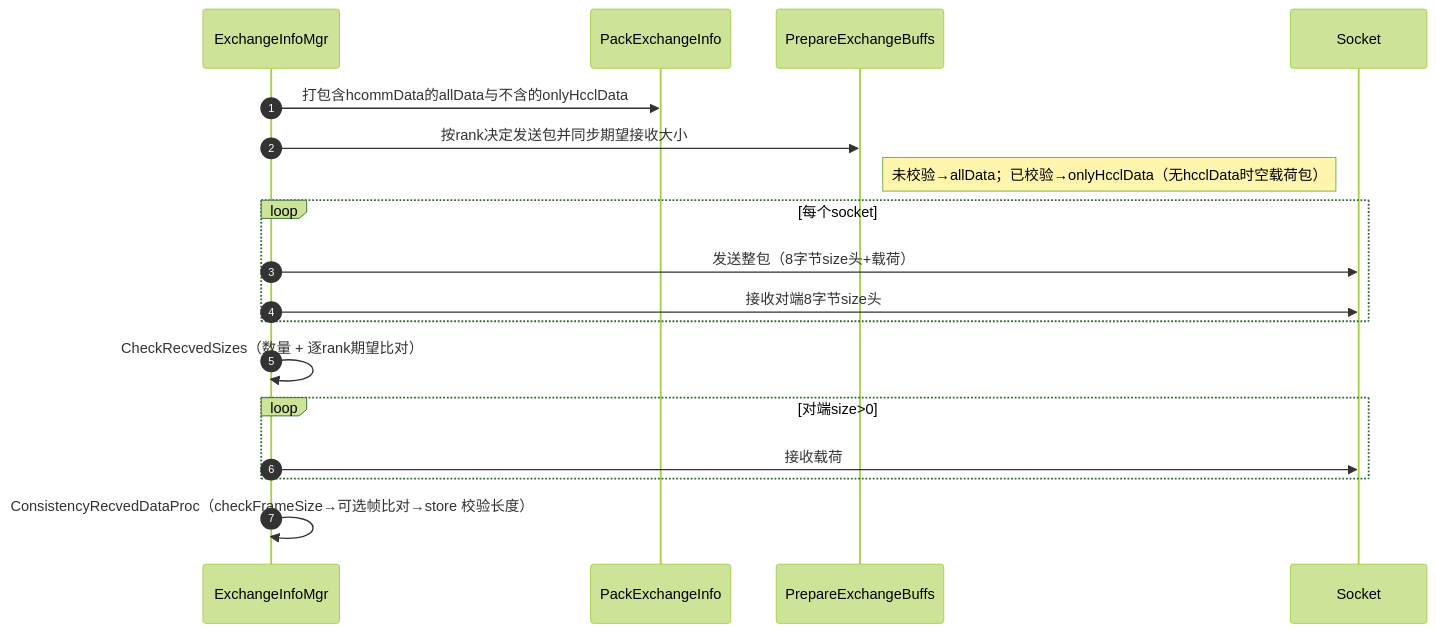
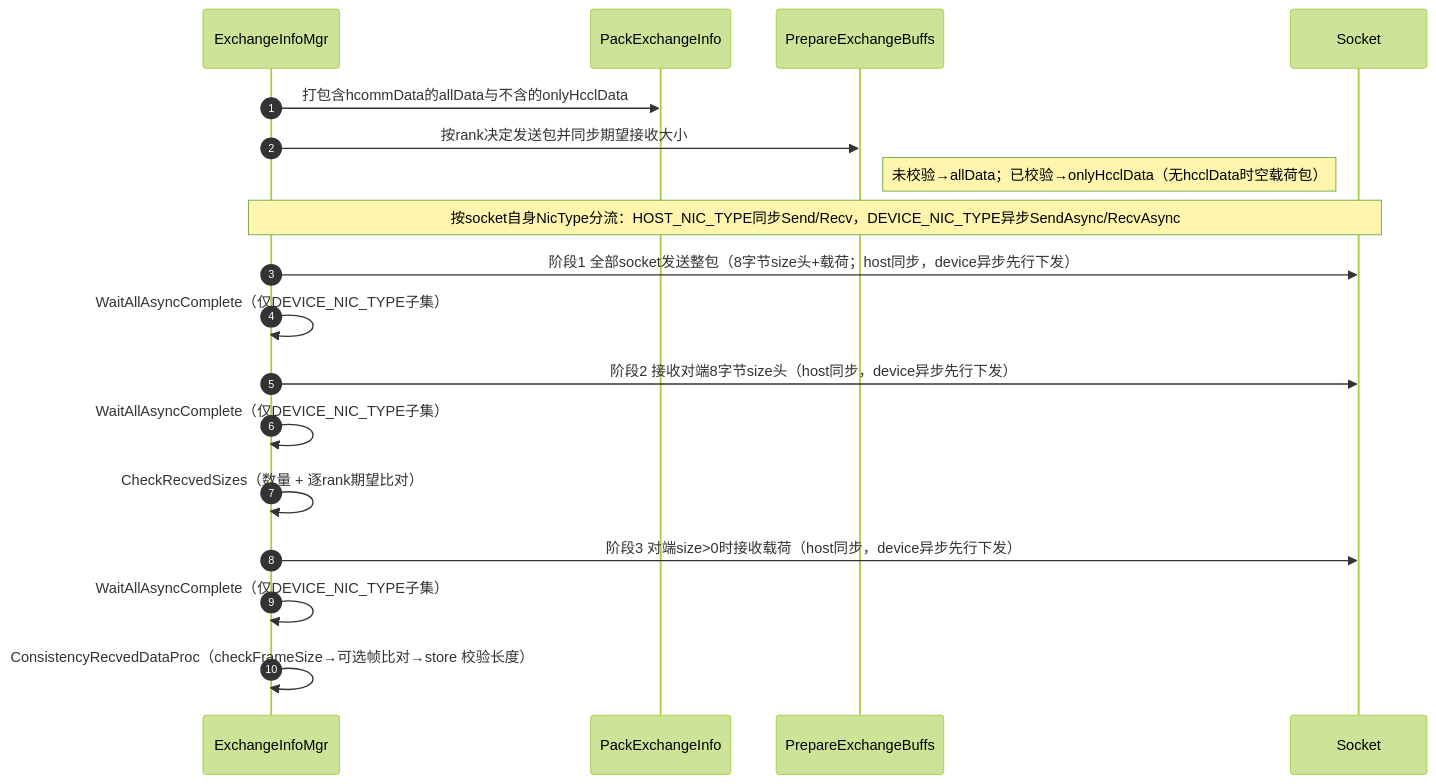
The second of 3 diagrams in src/coll_communicator_mgr/dfx/inconsistentCheck/README.md (Atlas-Ascend-Fork/hcomm), drawn with Mermaid (forest theme) before and after one commit. The commit also changed other lines of this file and 4 other files, not shown here.

````diff
--- a/src/coll_communicator_mgr/dfx/inconsistentCheck/README.md
+++ b/src/coll_communicator_mgr/dfx/inconsistentCheck/README.md
@@ -112,21 +112,21 @@
 ```mermaid
 sequenceDiagram
     autonumber
     participant EM as ExchangeInfoMgr
     participant Pack as PackExchangeInfo
     participant Plan as PrepareExchangeBuffs
     participant Sock as Socket
 
     EM->>Pack: 打包含hcommData的allData与不含的onlyHcclData
     EM->>Plan: 按rank决定发送包并同步期望接收大小
     Note right of Plan: 未校验→allData；已校验→onlyHcclData（无hcclData时空载荷包）
-    loop 每个socket
-        EM->>Sock: 发送整包（8字节size头+载荷）
-        EM->>Sock: 接收对端8字节size头
-    end
+    Note over EM,Sock: 按socket自身NicType分流：HOST_NIC_TYPE同步Send/Recv，DEVICE_NIC_TYPE异步SendAsync/RecvAsync
+    EM->>Sock: 阶段1 全部socket发送整包（8字节size头+载荷；host同步，device异步先行下发）
+    EM->>EM: WaitAllAsyncComplete（仅DEVICE_NIC_TYPE子集）
+    EM->>Sock: 阶段2 接收对端8字节size头（host同步，device异步先行下发）
+    EM->>EM: WaitAllAsyncComplete（仅DEVICE_NIC_TYPE子集）
     EM->>EM: CheckRecvedSizes（数量 + 逐rank期望比对）
-    loop 对端size>0
-        EM->>Sock: 接收载荷
-    end
+    EM->>Sock: 阶段3 对端size>0时接收载荷（host同步，device异步先行下发）
+    EM->>EM: WaitAllAsyncComplete（仅DEVICE_NIC_TYPE子集）
     EM->>EM: ConsistencyRecvedDataProc（checkFrameSize→可选帧比对→store 校验长度）
 ```
````
